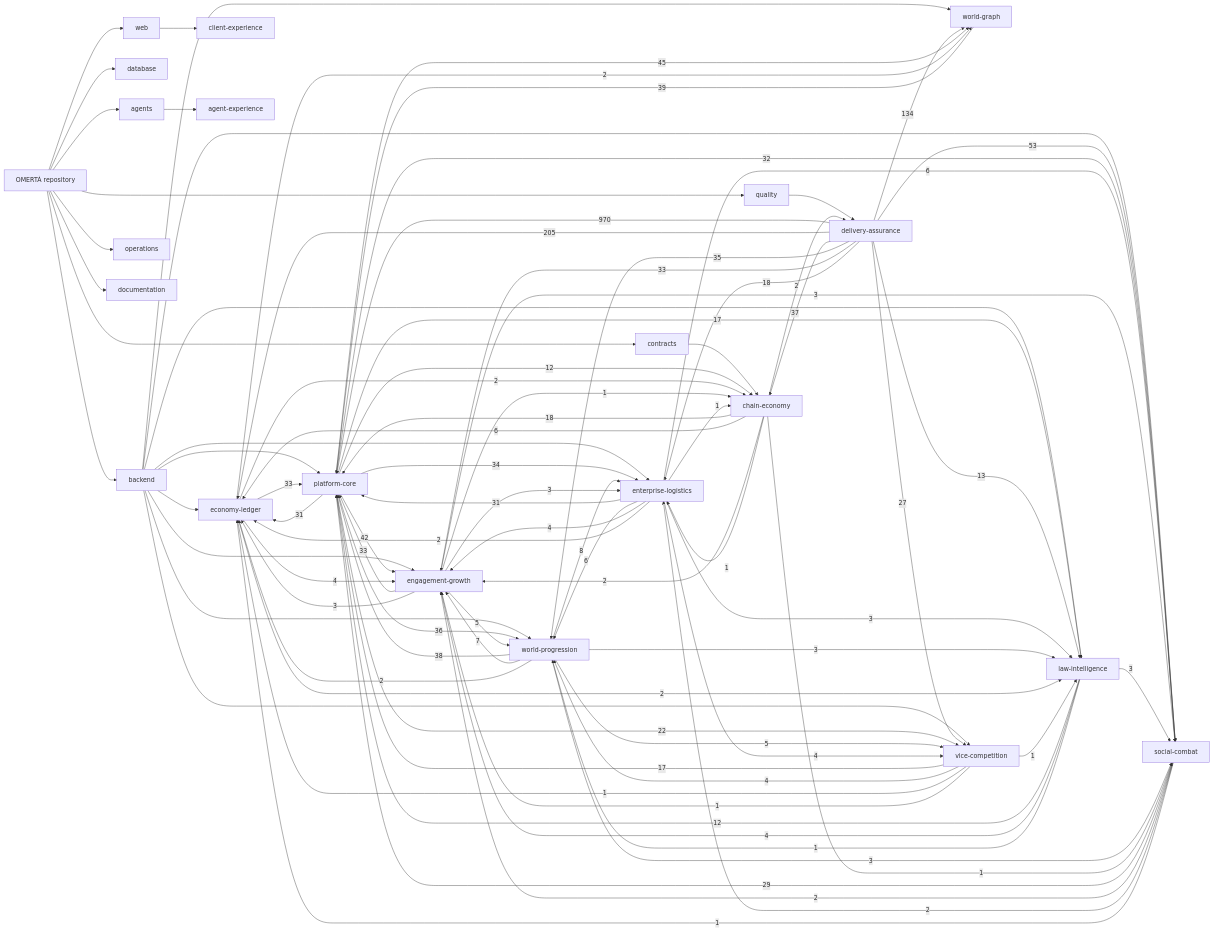
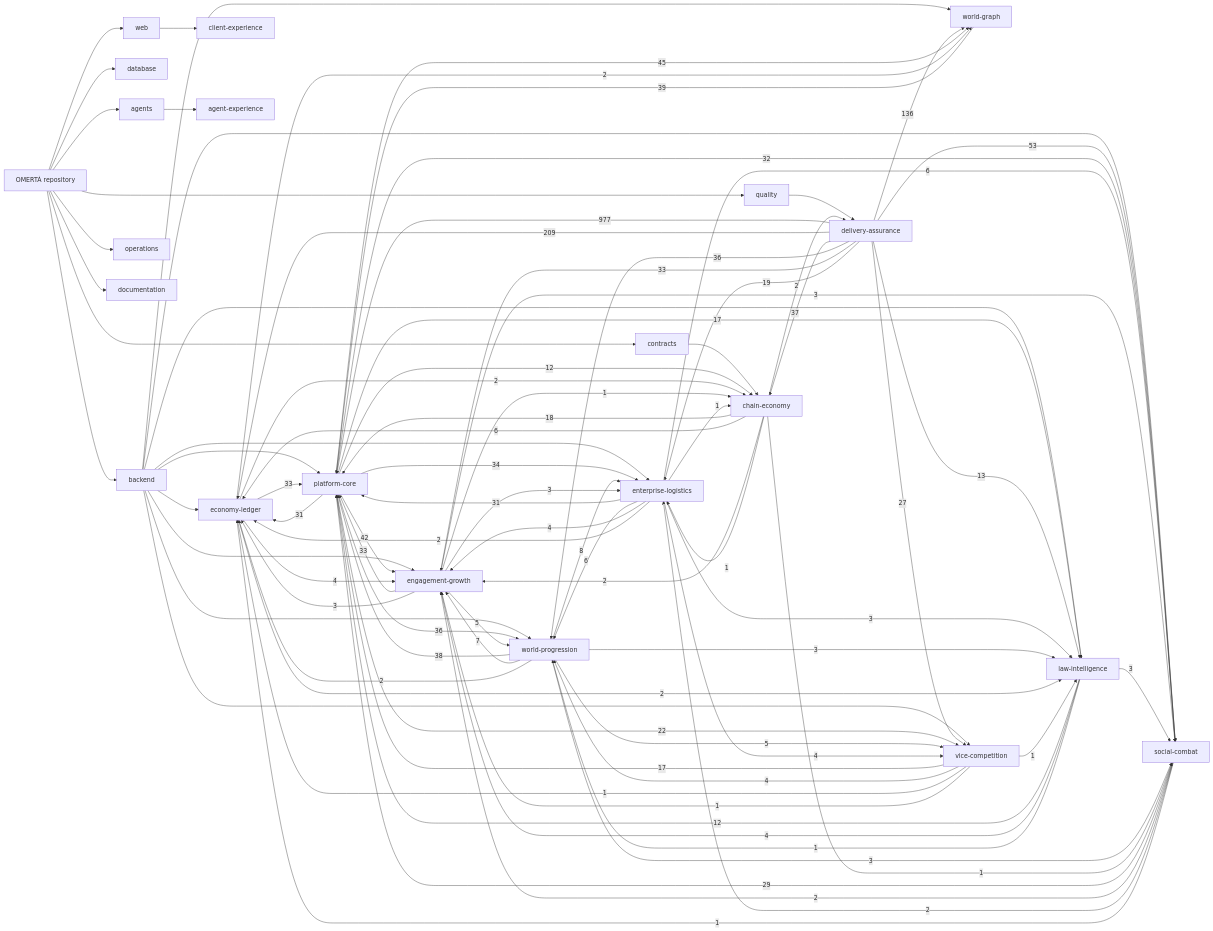
Before and after one commit to OmertaDev/Omerta: the diagram in knowledge/generated/graph.mmd, drawn with Mermaid. The commit also changed 6 other files, not shown here.

```diff
--- a/knowledge/generated/graph.mmd
+++ b/knowledge/generated/graph.mmd
@@ -1,109 +1,109 @@
 flowchart LR
   repo["OMERTÀ repository"]
   sub_backend["backend"]
   repo --> sub_backend
   sub_database["database"]
   repo --> sub_database
   sub_web["web"]
   repo --> sub_web
   sub_contracts["contracts"]
   repo --> sub_contracts
   sub_agents["agents"]
   repo --> sub_agents
   sub_quality["quality"]
   repo --> sub_quality
   sub_operations["operations"]
   repo --> sub_operations
   sub_documentation["documentation"]
   repo --> sub_documentation
   dom_platform-core["platform-core"]
   dom_economy-ledger["economy-ledger"]
   dom_social-combat["social-combat"]
   dom_world-progression["world-progression"]
   dom_world-graph["world-graph"]
   dom_enterprise-logistics["enterprise-logistics"]
   dom_vice-competition["vice-competition"]
   dom_law-intelligence["law-intelligence"]
   dom_chain-economy["chain-economy"]
   dom_engagement-growth["engagement-growth"]
   dom_client-experience["client-experience"]
   dom_agent-experience["agent-experience"]
   dom_delivery-assurance["delivery-assurance"]
   sub_agents --> dom_agent-experience
   sub_backend --> dom_economy-ledger
   sub_backend --> dom_engagement-growth
   sub_backend --> dom_enterprise-logistics
   sub_backend --> dom_law-intelligence
   sub_backend --> dom_platform-core
   sub_backend --> dom_social-combat
   sub_backend --> dom_vice-competition
   sub_backend --> dom_world-graph
   sub_backend --> dom_world-progression
   sub_contracts --> dom_chain-economy
   sub_quality --> dom_delivery-assurance
   sub_web --> dom_client-experience
-  dom_delivery-assurance -->|970| dom_platform-core
-  dom_delivery-assurance -->|205| dom_economy-ledger
-  dom_delivery-assurance -->|134| dom_world-graph
+  dom_delivery-assurance -->|977| dom_platform-core
+  dom_delivery-assurance -->|209| dom_economy-ledger
+  dom_delivery-assurance -->|136| dom_world-graph
   dom_delivery-assurance -->|53| dom_social-combat
   dom_platform-core -->|45| dom_world-graph
   dom_platform-core -->|42| dom_engagement-growth
   dom_world-graph -->|39| dom_platform-core
   dom_world-progression -->|38| dom_platform-core
   dom_delivery-assurance -->|37| dom_chain-economy
+  dom_delivery-assurance -->|36| dom_world-progression
   dom_platform-core -->|36| dom_world-progression
-  dom_delivery-assurance -->|35| dom_world-progression
   dom_platform-core -->|34| dom_enterprise-logistics
   dom_delivery-assurance -->|33| dom_engagement-growth
   dom_economy-ledger -->|33| dom_platform-core
   dom_engagement-growth -->|33| dom_platform-core
   dom_platform-core -->|32| dom_social-combat
   dom_enterprise-logistics -->|31| dom_platform-core
   dom_platform-core -->|31| dom_economy-ledger
   dom_social-combat -->|29| dom_platform-core
   dom_delivery-assurance -->|27| dom_vice-competition
   dom_platform-core -->|22| dom_vice-competition
+  dom_delivery-assurance -->|19| dom_enterprise-logistics
   dom_chain-economy -->|18| dom_platform-core
-  dom_delivery-assurance -->|18| dom_enterprise-logistics
   dom_platform-core -->|17| dom_law-intelligence
   dom_vice-competition -->|17| dom_platform-core
   dom_delivery-assurance -->|13| dom_law-intelligence
   dom_law-intelligence -->|12| dom_platform-core
   dom_platform-core -->|12| dom_chain-economy
   dom_world-progression -->|8| dom_enterprise-logistics
   dom_world-progression -->|7| dom_engagement-growth
   dom_chain-economy -->|6| dom_economy-ledger
   dom_enterprise-logistics -->|6| dom_social-combat
   dom_enterprise-logistics -->|6| dom_world-progression
   dom_engagement-growth -->|5| dom_world-progression
   dom_world-progression -->|5| dom_vice-competition
   dom_economy-ledger -->|4| dom_engagement-growth
   dom_enterprise-logistics -->|4| dom_engagement-growth
   dom_enterprise-logistics -->|4| dom_vice-competition
   dom_law-intelligence -->|4| dom_engagement-growth
   dom_vice-competition -->|4| dom_world-progression
   dom_engagement-growth -->|3| dom_economy-ledger
   dom_engagement-growth -->|3| dom_enterprise-logistics
   dom_engagement-growth -->|3| dom_social-combat
   dom_enterprise-logistics -->|3| dom_law-intelligence
   dom_law-intelligence -->|3| dom_social-combat
   dom_world-progression -->|3| dom_law-intelligence
   dom_world-progression -->|3| dom_social-combat
   dom_chain-economy -->|2| dom_delivery-assurance
   dom_chain-economy -->|2| dom_engagement-growth
   dom_economy-ledger -->|2| dom_chain-economy
   dom_economy-ledger -->|2| dom_law-intelligence
   dom_economy-ledger -->|2| dom_world-graph
   dom_enterprise-logistics -->|2| dom_economy-ledger
   dom_social-combat -->|2| dom_engagement-growth
   dom_social-combat -->|2| dom_enterprise-logistics
   dom_world-progression -->|2| dom_economy-ledger
   dom_chain-economy -->|1| dom_enterprise-logistics
   dom_chain-economy -->|1| dom_social-combat
   dom_engagement-growth -->|1| dom_chain-economy
   dom_enterprise-logistics -->|1| dom_chain-economy
   dom_law-intelligence -->|1| dom_world-progression
   dom_social-combat -->|1| dom_economy-ledger
   dom_vice-competition -->|1| dom_economy-ledger
   dom_vice-competition -->|1| dom_engagement-growth
   dom_vice-competition -->|1| dom_law-intelligence
```
